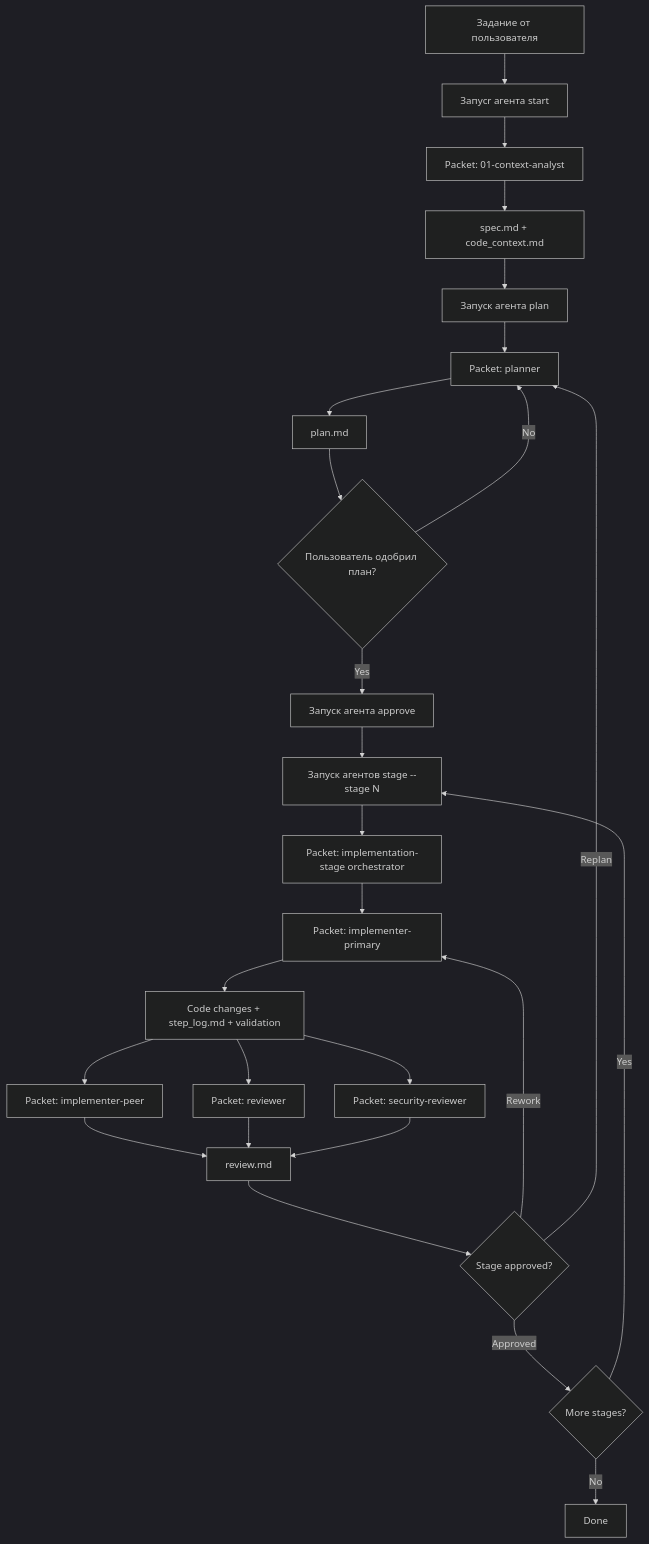
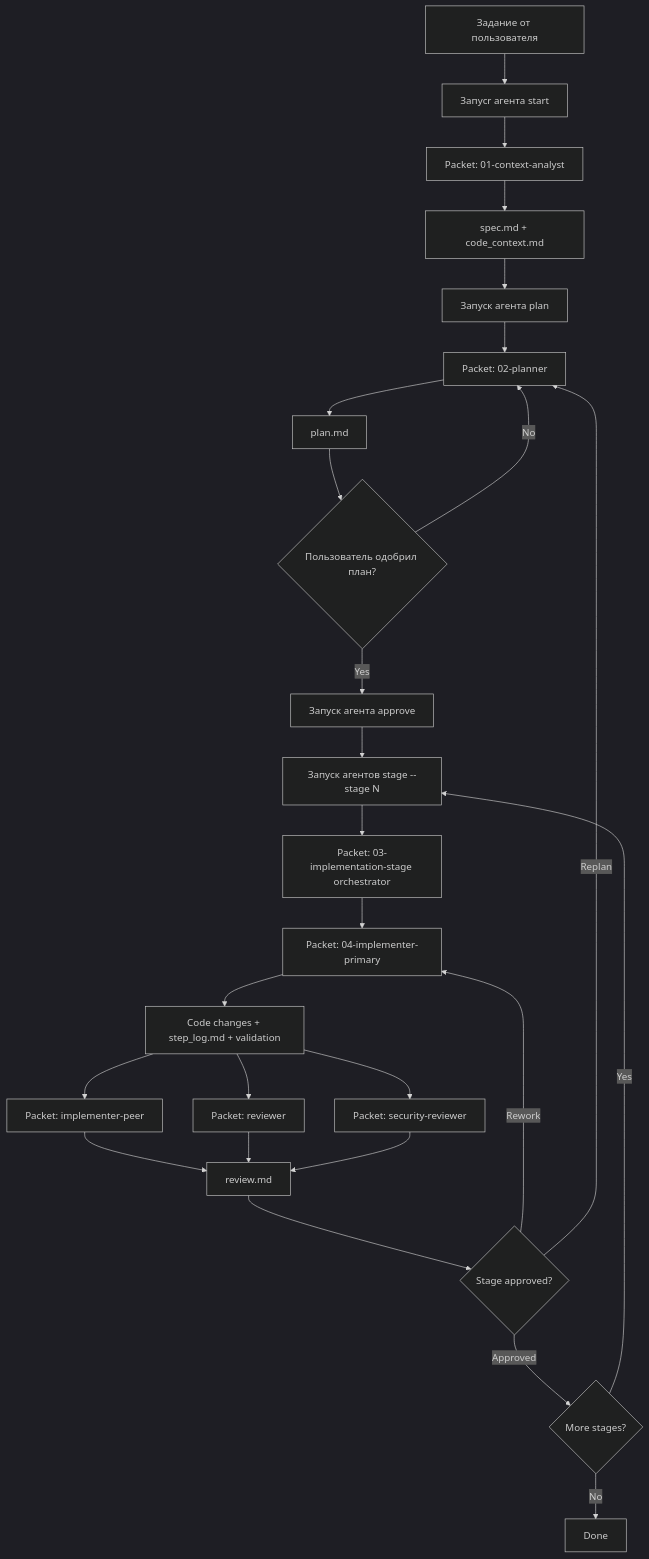
The diagram in unsorted/пайплайн агентной разработки.md (PabloPatin/ProgramingAlmanac), drawn with Mermaid (dark theme) before and after one commit.

Commit message:
vault backup: 11:03:2026 09:35:36
Affected files:
unsorted/пайплайн агентной разработки.md

````diff
--- a/unsorted/пайплайн агентной разработки.md
+++ b/unsorted/пайплайн агентной разработки.md
@@ -1,43 +1,28 @@
 ```mermaid
 flowchart TD
     A[Задание от пользователя] --> B[Запусr агента start]
     B --> C[Packet: 01-context-analyst]
     C --> D[spec.md + code_context.md]
     D --> E[Запуск агента plan]
-    E --> F[Packet: planner]
+    E --> F[Packet: 02-planner]
     F --> G[plan.md]
     G --> H{Пользователь одобрил план?}
     H -- No --> F
     H -- Yes --> I[Запуск агента approve]
     I --> J[Запуск агентов stage --stage N]
-    J --> K[Packet: implementation-stage orchestrator]
-
-    K --> L[Packet: implementer-primary]
-
+    J --> K[Packet: 03-implementation-stage orchestrator]
+    K --> L[Packet: 04-implementer-primary]
     L --> M[Code changes + step_log.md + validation]
-
     M --> N[Packet: implementer-peer]
-
     M --> O[Packet: reviewer]
-
     M --> P[Packet: security-reviewer]
-
     N --> Q[review.md]
-
     O --> Q
-
     P --> Q
-
     Q --> R{Stage approved?}
-
     R -- Rework --> L
-
     R -- Replan --> F
-
     R -- Approved --> S{More stages?}
-
     S -- Yes --> J
-
     S -- No --> T[Done]
-
 ```
````
